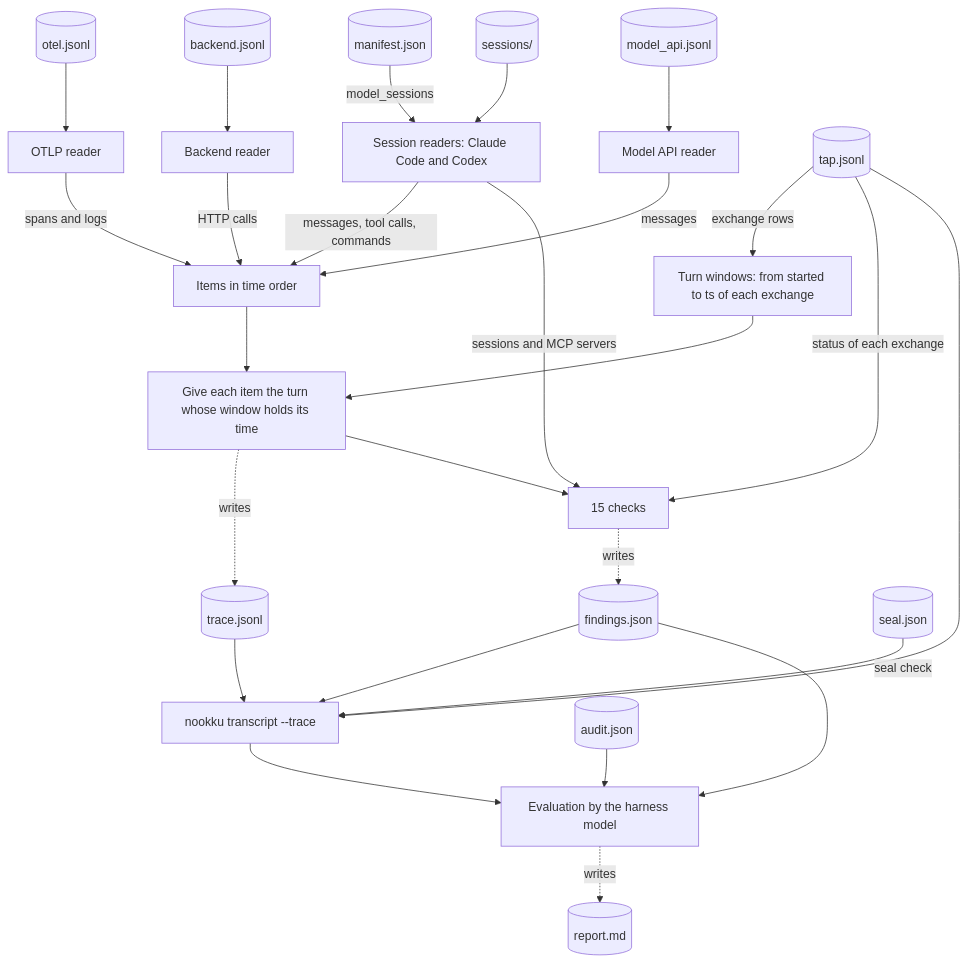
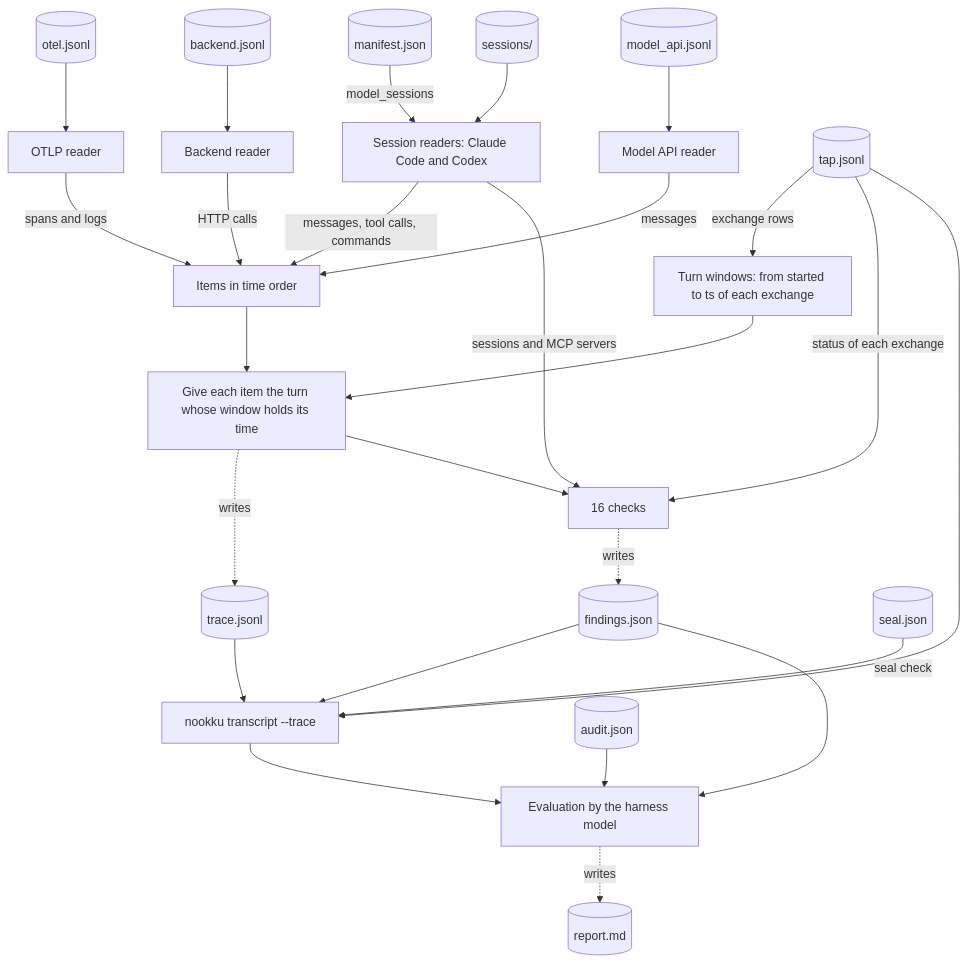
One commit to mohanraj00/nookku changed the fourth of 4 diagrams in docs/architecture.md. Above: the diagram before and after it, drawn with Mermaid. The commit also changed other lines of this file and 93 other files, not shown here.

````diff
--- a/docs/architecture.md
+++ b/docs/architecture.md
@@ -209,28 +209,28 @@
 ```mermaid
 flowchart TB
     manifestrec[(manifest.json)] -->|model_sessions| sreaders[Session readers: Claude Code and Codex]
     sessions[(sessions/)] --> sreaders
     otelrec[(otel.jsonl)] --> oreader[OTLP reader]
     backendrec[(backend.jsonl)] --> breader[Backend reader]
     modelrec[(model_api.jsonl)] --> mreader[Model API reader]
     sreaders -->|messages, tool calls, commands| items[Items in time order]
     oreader -->|spans and logs| items
     breader -->|HTTP calls| items
     mreader -->|messages| items
     taprec[(tap.jsonl)] -->|exchange rows| windows[Turn windows: from started to ts of each exchange]
     items --> assign[Give each item the turn whose window holds its time]
     windows --> assign
     assign -.->|writes| tracerec[(trace.jsonl)]
-    assign --> checks[15 checks]
+    assign --> checks[16 checks]
     sreaders -->|sessions and MCP servers| checks
     taprec -->|status of each exchange| checks
     checks -.->|writes| findingsrec[(findings.json)]
     taprec --> transcript[nookku transcript --trace]
     tracerec --> transcript
     findingsrec --> transcript
     sealrec[(seal.json)] -->|seal check| transcript
     transcript --> eval[Evaluation by the harness model]
     findingsrec --> eval
     auditrec[(audit.json)] --> eval
     eval -.->|writes| report[(report.md)]
 ```
````
